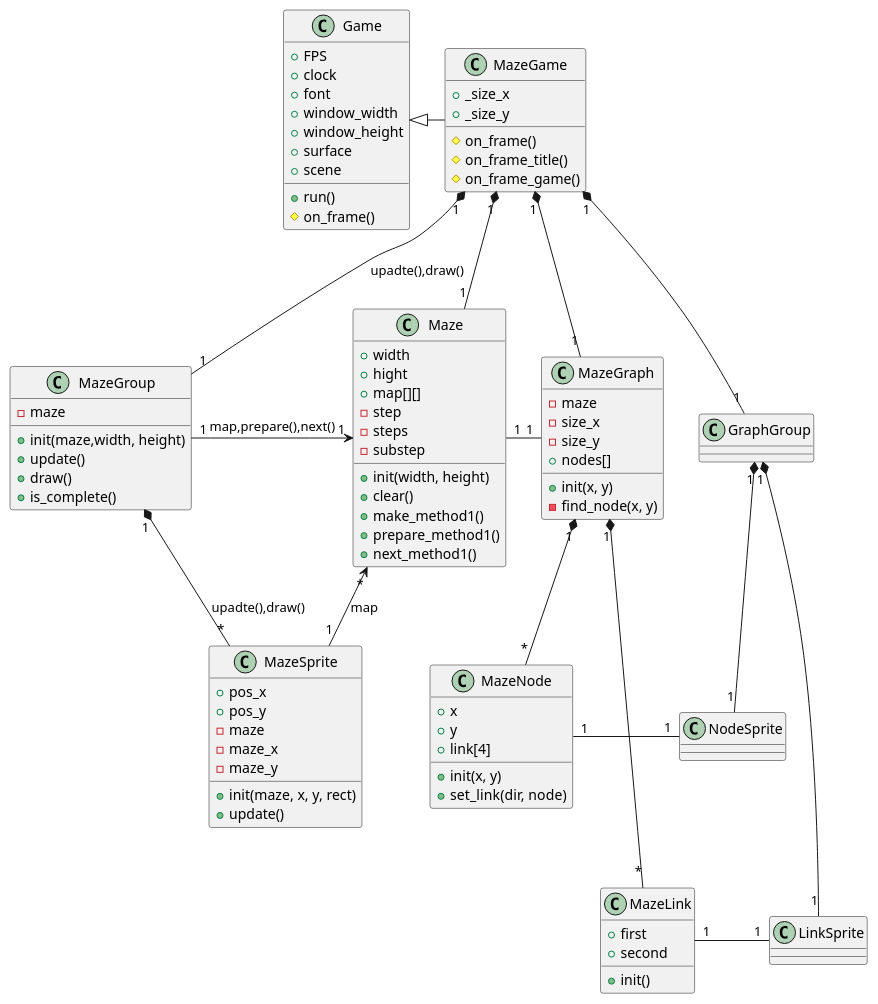
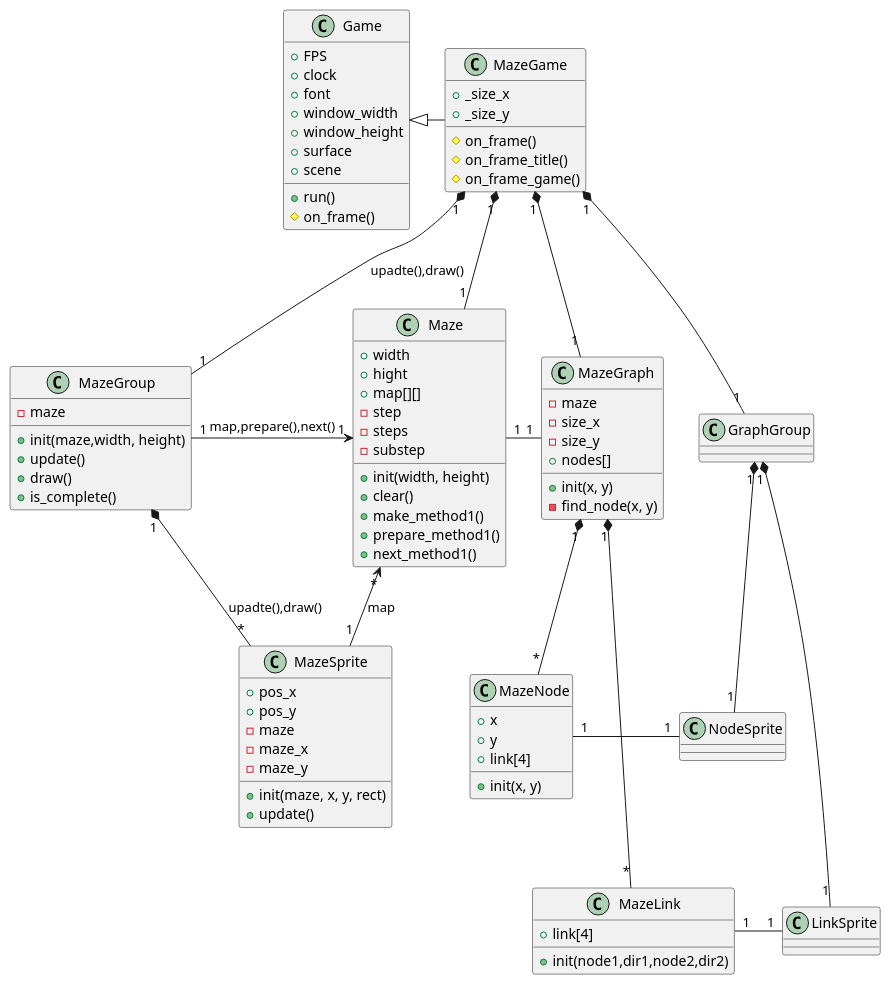
One commit to ooishiisao/pygame_game changed the diagram in maze/maze.md. Above: the diagram before and after it, drawn with PlantUML. The commit also changed 1 other file, not shown here.

Commit message:
見直し

```diff
--- a/maze/maze.md
+++ b/maze/maze.md
@@ -78,14 +78,12 @@
     + y
     + link[4]
     + init(x, y)
-    + set_link(dir, node)
 }
 
 class MazeLink
 {
-    + first
-    + second
-    + init()
+    + link[4]
+    + init(node1,dir1,node2,dir2)
 }
 
 
```
